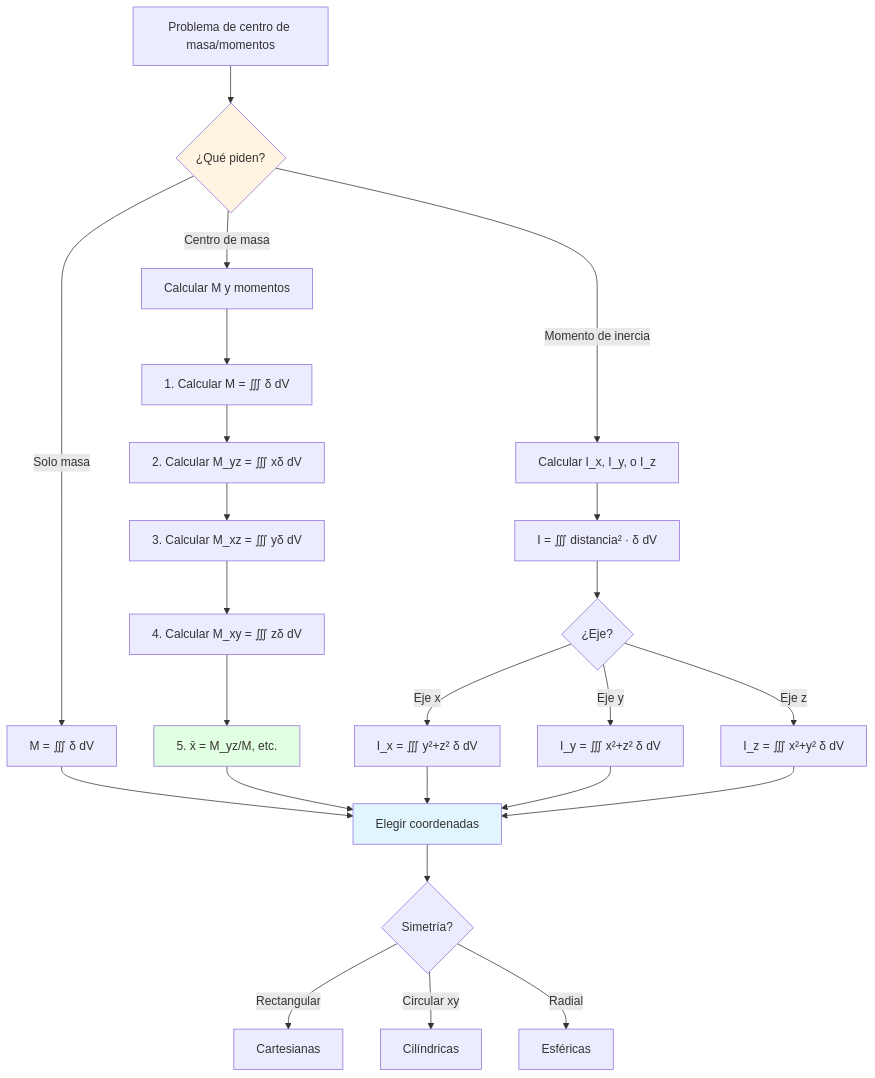
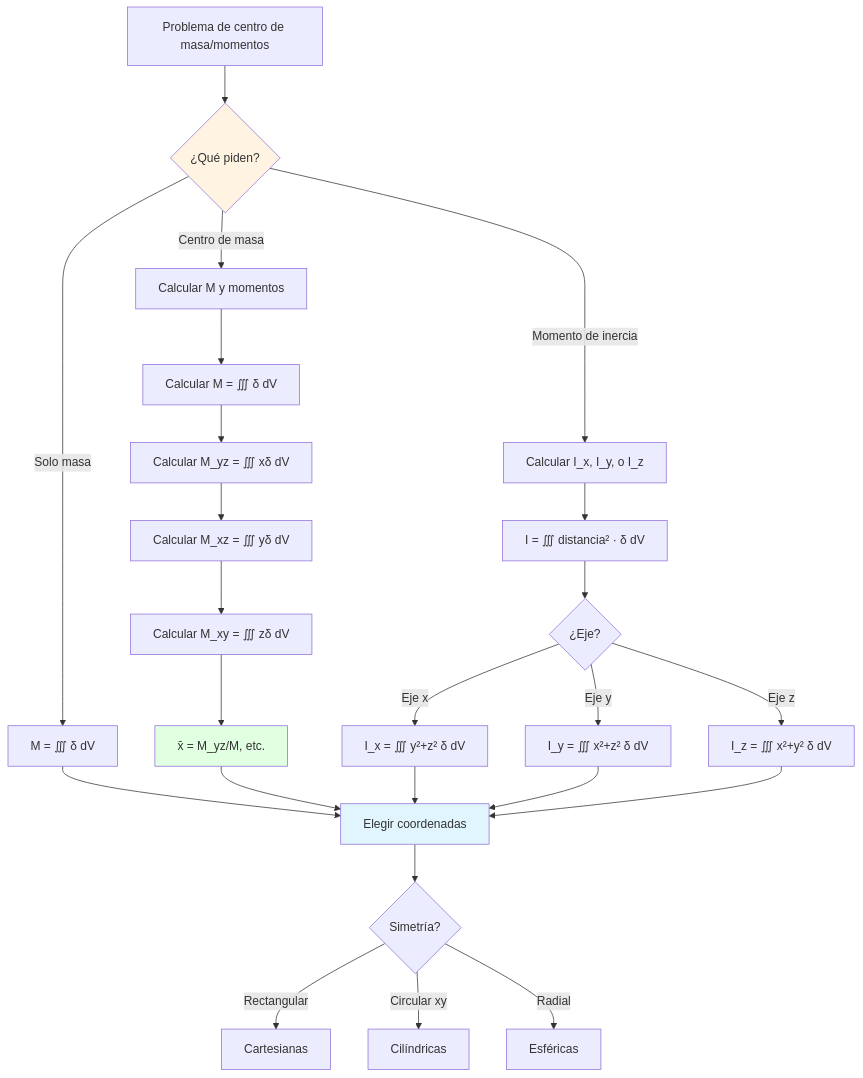
The second of 2 diagrams in Universidad/2do Semestre/Cálculo Vectorial/Unidad 6 – Integrales Triples, Integrales de Superficie y Teoremas Vectoriales/IV – Aplicaciones de las Integrales Triples/03 – Centro de masa y momentos.md (Fsteven22/Notas-de-Universidad-Freddy-Sanchez-), drawn with Mermaid before and after one commit. The commit also changed 87 other files, not shown here.

````diff
--- a/Universidad/2do Semestre/Cálculo Vectorial/Unidad 6 – Integrales Triples, Integrales de Superficie y Teoremas Vectoriales/IV – Aplicaciones de las Integrales Triples/03 – Centro de masa y momentos.md
+++ b/Universidad/2do Semestre/Cálculo Vectorial/Unidad 6 – Integrales Triples, Integrales de Superficie y Teoremas Vectoriales/IV – Aplicaciones de las Integrales Triples/03 – Centro de masa y momentos.md
@@ -725,35 +725,35 @@
 ```mermaid
 flowchart TD
     A[Problema de centro de masa/momentos] --> B{¿Qué piden?}
     
     B -->|Solo masa| C[M = ∭ δ dV]
     B -->|Centro de masa| D[Calcular M y momentos]
     B -->|Momento de inercia| E[Calcular I_x, I_y, o I_z]
     
-    D --> F[1. Calcular M = ∭ δ dV]
-    F --> G[2. Calcular M_yz = ∭ xδ dV]
-    G --> H[3. Calcular M_xz = ∭ yδ dV]
-    H --> I[4. Calcular M_xy = ∭ zδ dV]
-    I --> J[5. x̄ = M_yz/M, etc.]
+    D --> F[Calcular M = ∭ δ dV]
+    F --> G[Calcular M_yz = ∭ xδ dV]
+    G --> H[Calcular M_xz = ∭ yδ dV]
+    H --> I[Calcular M_xy = ∭ zδ dV]
+    I --> J[x̄ = M_yz/M, etc.]
     
     E --> K[I = ∭ distancia² · δ dV]
     K --> L{¿Eje?}
     L -->|Eje x| M[I_x = ∭ y²+z² δ dV]
     L -->|Eje y| N[I_y = ∭ x²+z² δ dV]
     L -->|Eje z| O[I_z = ∭ x²+y² δ dV]
     
     C --> P[Elegir coordenadas]
     J --> P
     M --> P
     N --> P
     O --> P
     
     P --> Q{Simetría?}
     Q -->|Rectangular| R[Cartesianas]
     Q -->|Circular xy| S[Cilíndricas]
     Q -->|Radial| T[Esféricas]
     
     style B fill:#fff4e1
     style P fill:#e1f5ff
     style J fill:#e1ffe1
 ```
````
